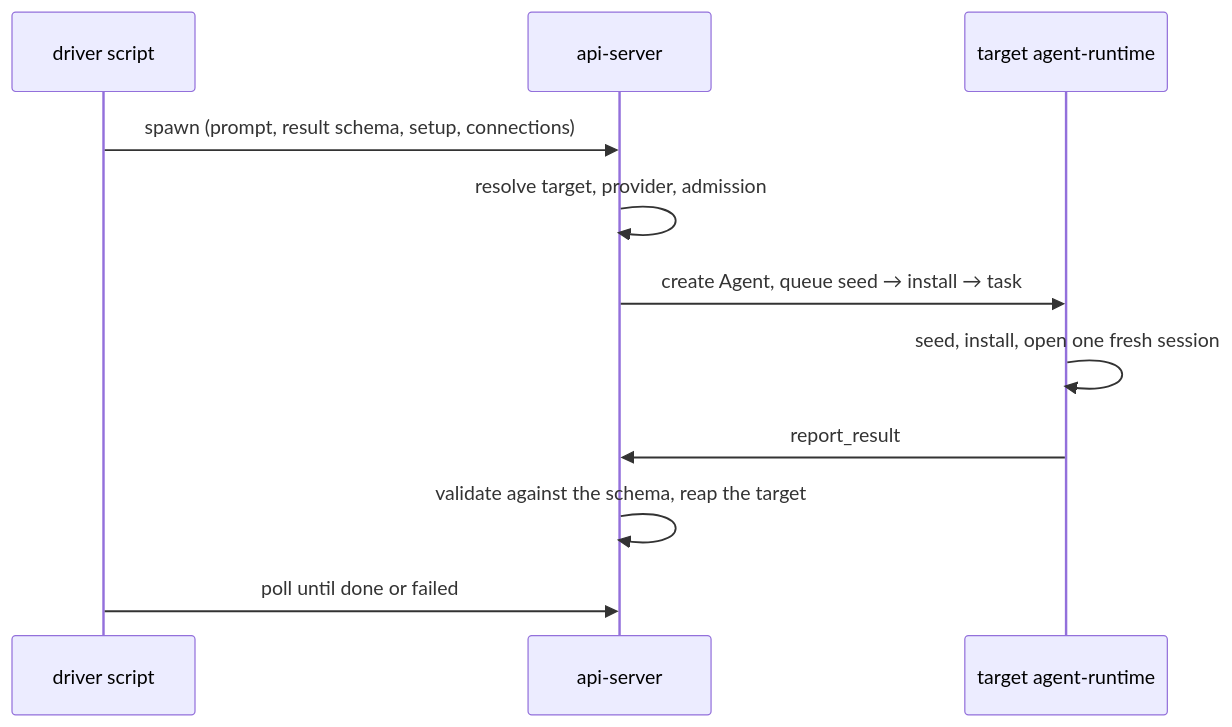
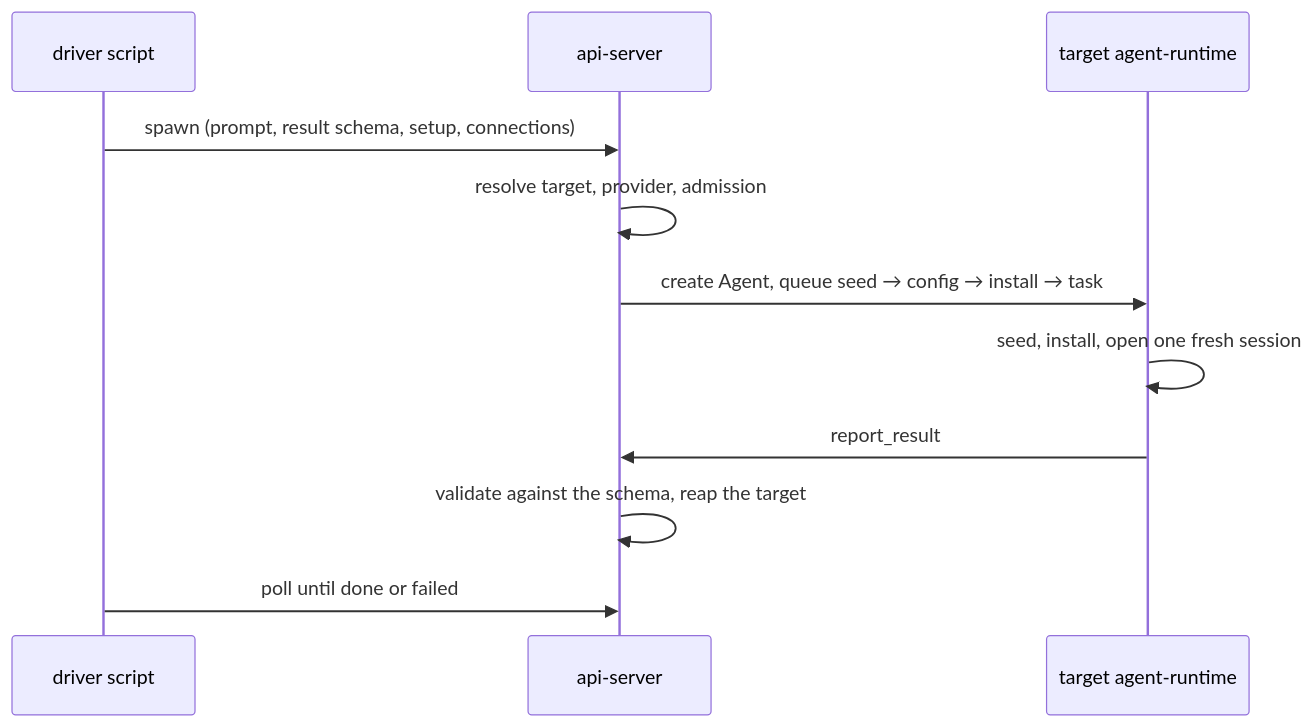
The diagram in docs/architecture/invocations.md (BrUn3y/dam), drawn with Mermaid before and after one commit. The commit also changed other lines of this file and 34 other files, not shown here.

````diff
--- a/docs/architecture/invocations.md
+++ b/docs/architecture/invocations.md
@@ -11,13 +11,13 @@
 ```mermaid
 sequenceDiagram
   participant D as driver script
   participant API as api-server
   participant T as target agent-runtime
   D->>API: spawn (prompt, result schema, setup, connections)
   API->>API: resolve target, provider, admission
-  API->>T: create Agent, queue seed → install → task
+  API->>T: create Agent, queue seed → config → install → task
   T->>T: seed, install, open one fresh session
   T->>API: report_result
   API->>API: validate against the schema, reap the target
   D->>API: poll until done or failed
 ```
````
